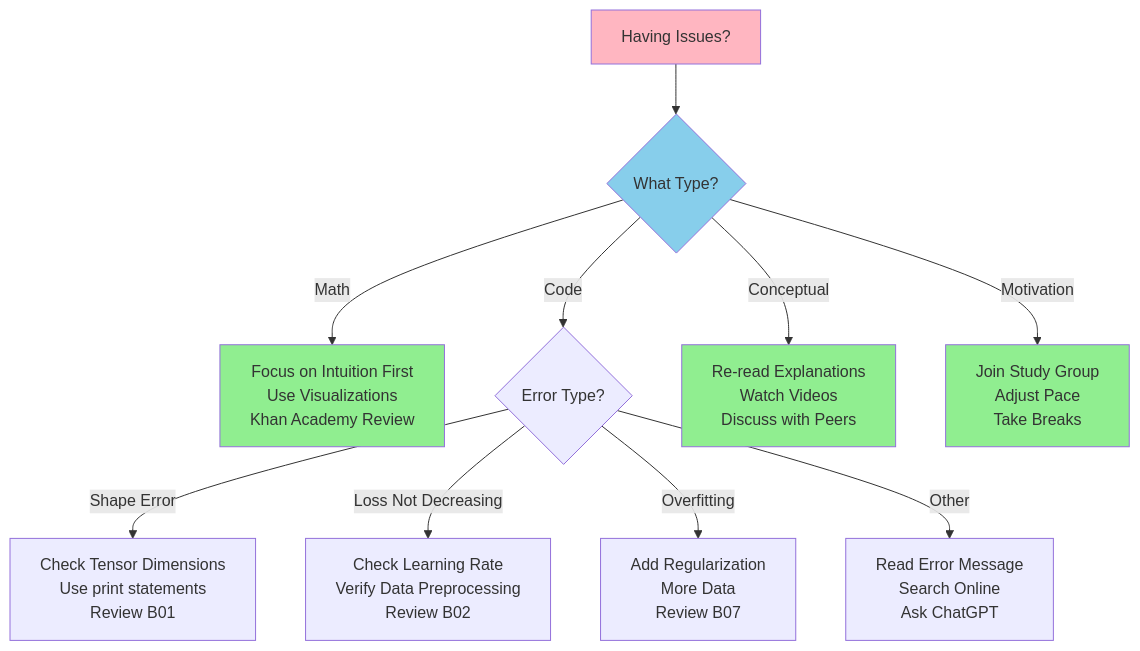
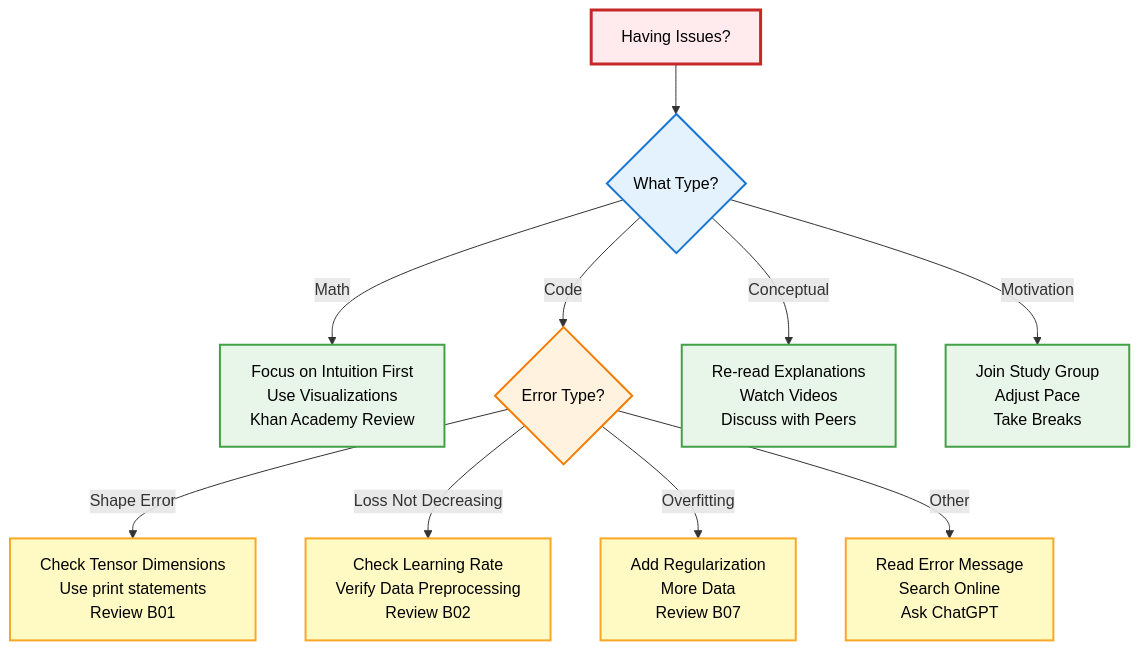
One commit to nexageapps/AI changed the eighth of 10 diagrams in Basic/README.md. Above: the diagram before and after it, drawn with Mermaid.

````diff
--- a/Basic/README.md
+++ b/Basic/README.md
@@ -538,19 +538,24 @@
 ```mermaid
 graph TD
-    A[Having Issues?] --> B{What Type?}
-    B -->|Math| C[Focus on Intuition First<br/>Use Visualizations<br/>Khan Academy Review]
-    B -->|Code| D{Error Type?}
-    B -->|Conceptual| E[Re-read Explanations<br/>Watch Videos<br/>Discuss with Peers]
-    B -->|Motivation| F[Join Study Group<br/>Adjust Pace<br/>Take Breaks]
+    A["Having Issues?"] --> B{"What Type?"}
+    B -->|"Math"| C["Focus on Intuition First<br/>Use Visualizations<br/>Khan Academy Review"]
+    B -->|"Code"| D{"Error Type?"}
+    B -->|"Conceptual"| E["Re-read Explanations<br/>Watch Videos<br/>Discuss with Peers"]
+    B -->|"Motivation"| F["Join Study Group<br/>Adjust Pace<br/>Take Breaks"]
     
-    D -->|Shape Error| G[Check Tensor Dimensions<br/>Use print statements<br/>Review B01]
-    D -->|Loss Not Decreasing| H[Check Learning Rate<br/>Verify Data Preprocessing<br/>Review B02]
-    D -->|Overfitting| I[Add Regularization<br/>More Data<br/>Review B07]
-    D -->|Other| J[Read Error Message<br/>Search Online<br/>Ask ChatGPT]
+    D -->|"Shape Error"| G["Check Tensor Dimensions<br/>Use print statements<br/>Review B01"]
+    D -->|"Loss Not Decreasing"| H["Check Learning Rate<br/>Verify Data Preprocessing<br/>Review B02"]
+    D -->|"Overfitting"| I["Add Regularization<br/>More Data<br/>Review B07"]
+    D -->|"Other"| J["Read Error Message<br/>Search Online<br/>Ask ChatGPT"]
     
-    style A fill:#FFB6C1
-    style B fill:#87CEEB
-    style C fill:#90EE90
-    style E fill:#90EE90
-    style F fill:#90EE90
+    style A fill:#ffebee,stroke:#c62828,stroke-width:3px,color:#000
+    style B fill:#e3f2fd,stroke:#1976d2,stroke-width:2px,color:#000
+    style C fill:#e8f5e9,stroke:#43a047,stroke-width:2px,color:#000
+    style D fill:#fff3e0,stroke:#f57c00,stroke-width:2px,color:#000
+    style E fill:#e8f5e9,stroke:#43a047,stroke-width:2px,color:#000
+    style F fill:#e8f5e9,stroke:#43a047,stroke-width:2px,color:#000
+    style G fill:#fff9c4,stroke:#f9a825,stroke-width:2px,color:#000
+    style H fill:#fff9c4,stroke:#f9a825,stroke-width:2px,color:#000
+    style I fill:#fff9c4,stroke:#f9a825,stroke-width:2px,color:#000
+    style J fill:#fff9c4,stroke:#f9a825,stroke-width:2px,color:#000
 ```
````
